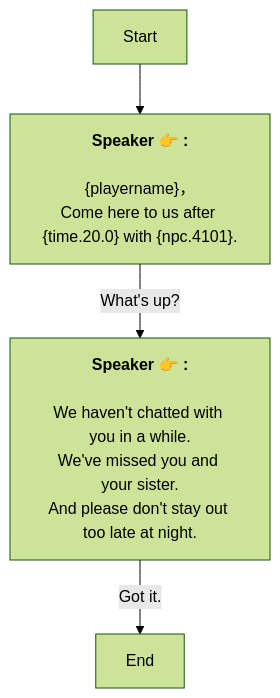
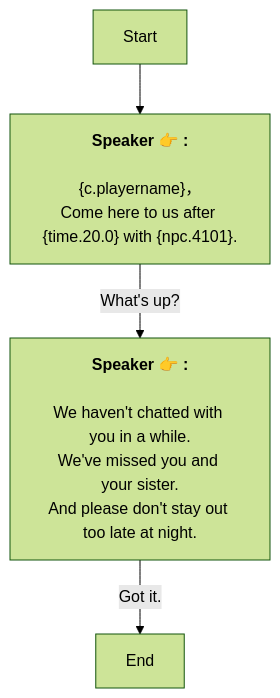
Before and after one commit to SoftHu/tos_avg: the diagram in En/QuestStartTalkENode_1752071614967192.md, drawn with Mermaid (forest theme). The commit also changed 410 other files, not shown here.

````diff
--- a/En/QuestStartTalkENode_1752071614967192.md
+++ b/En/QuestStartTalkENode_1752071614967192.md
@@ -1,12 +1,12 @@
 ```mermaid
 graph
 Start -->1752071650396571[<b>Speaker 👉 :</b>
-\n&lbrace;playername&rbrace;，
+\n&lbrace;c.playername&rbrace;，
 Come here to us after &lbrace;time.20.0&rbrace; with &lbrace;npc.4101&rbrace;.]
 1752071650396571 -->|What's up?|1752071892001183[<b>Speaker 👉 :</b>
 \nWe haven't chatted with you in a while.
 We've missed you and your sister.
 And please don't stay out too late at night.]
 1752071892001183 -->|Got it.|1752071937910179[End]
 
 ```
````
